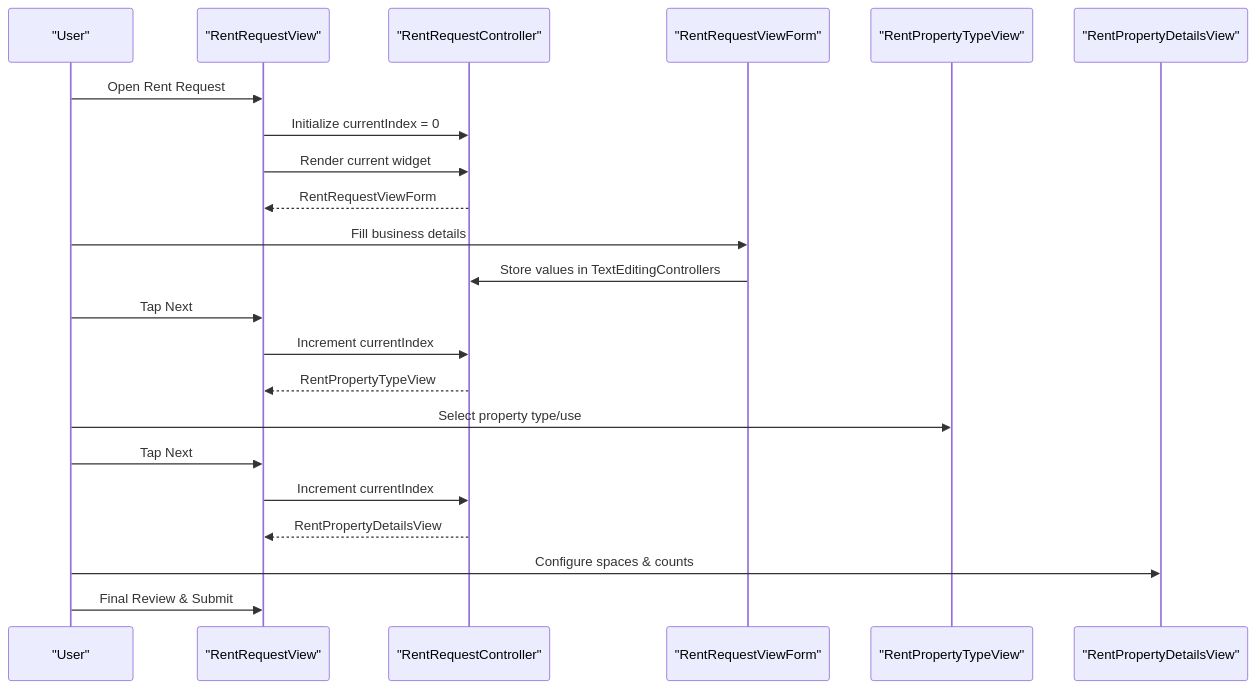
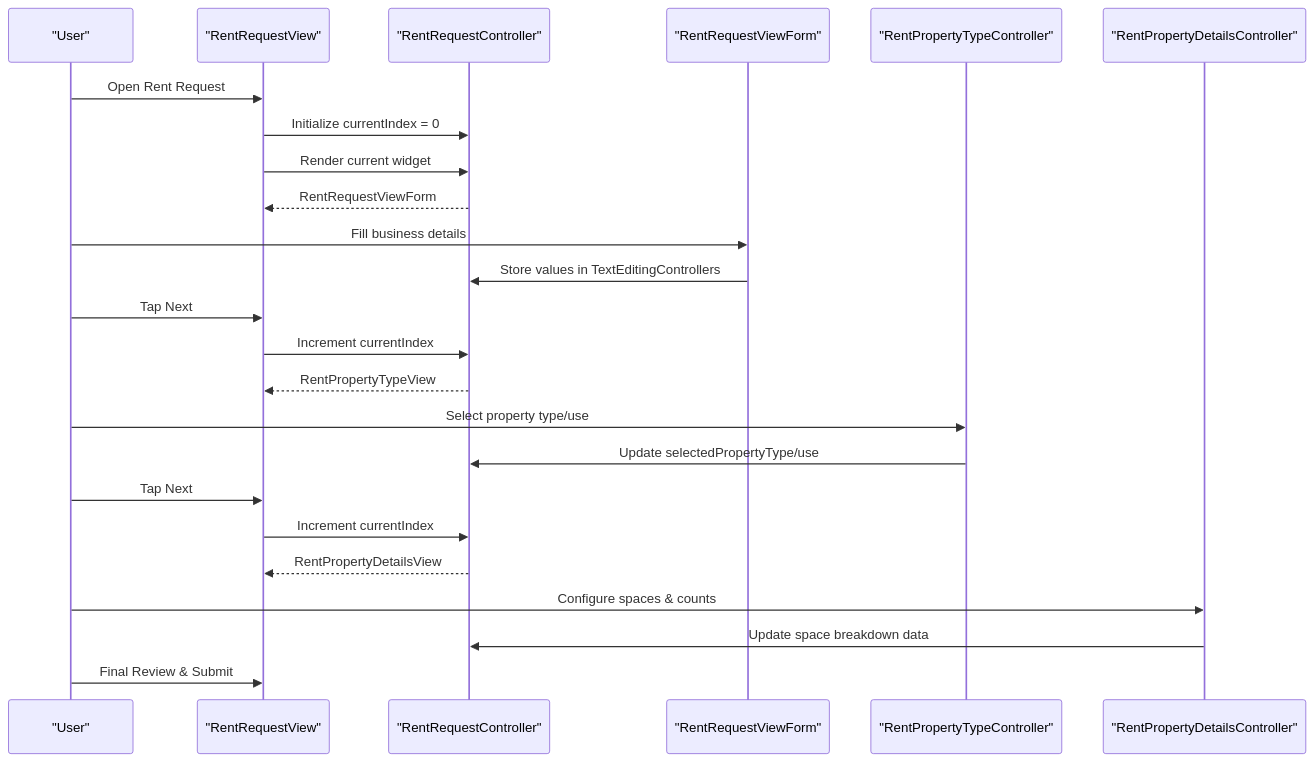
The second of 7 diagrams in .qoder/repowiki/en/content/Core Features/Business Services/Rent Furniture System.md (Ariful3111/FurniGo), drawn with Mermaid before and after one commit. The commit also changed other lines of this file and 23 other files, not shown here.

Commit message:
Rent Request Setted Up

````diff
--- a/.qoder/repowiki/en/content/Core Features/Business Services/Rent Furniture System.md
+++ b/.qoder/repowiki/en/content/Core Features/Business Services/Rent Furniture System.md
@@ -94,24 +118,26 @@
 ```mermaid
 sequenceDiagram
 participant User as "User"
 participant View as "RentRequestView"
-participant Controller as "RentRequestController"
-participant Form as "RentRequestViewForm"
-participant TypeView as "RentPropertyTypeView"
-participant DetailsView as "RentPropertyDetailsView"
+participant MainController as "RentRequestController"
+participant FormController as "RentRequestViewForm"
+participant TypeController as "RentPropertyTypeController"
+participant DetailsController as "RentPropertyDetailsController"
 User->>View : Open Rent Request
-View->>Controller : Initialize currentIndex = 0
-View->>Controller : Render current widget
-Controller-->>View : RentRequestViewForm
-User->>Form : Fill business details
-Form->>Controller : Store values in TextEditingControllers
+View->>MainController : Initialize currentIndex = 0
+View->>MainController : Render current widget
+MainController-->>View : RentRequestViewForm
+User->>FormController : Fill business details
+FormController->>MainController : Store values in TextEditingControllers
 User->>View : Tap Next
-View->>Controller : Increment currentIndex
-Controller-->>View : RentPropertyTypeView
-User->>TypeView : Select property type/use
+View->>MainController : Increment currentIndex
+MainController-->>View : RentPropertyTypeView
+User->>TypeController : Select property type/use
+TypeController->>MainController : Update selectedPropertyType/use
 User->>View : Tap Next
-View->>Controller : Increment currentIndex
-Controller-->>View : RentPropertyDetailsView
-User->>DetailsView : Configure spaces & counts
+View->>MainController : Increment currentIndex
+MainController-->>View : RentPropertyDetailsView
+User->>DetailsController : Configure spaces & counts
+DetailsController->>MainController : Update space breakdown data
 User->>View : Final Review & Submit
 ```
````
